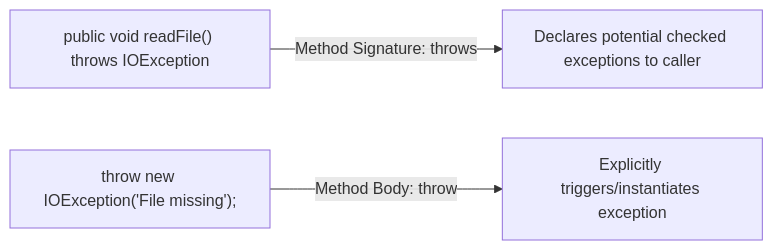
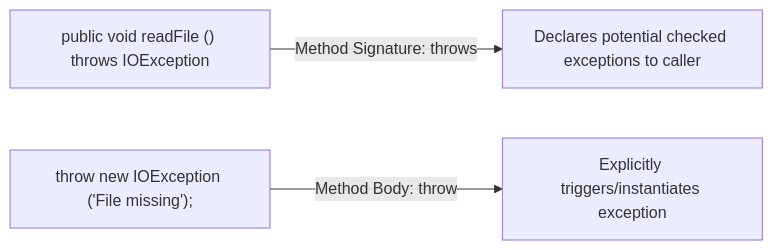
The diagram in content/questions/language/java/java-throw-vs-throws.md (pploc/swe-icon-the-moment), drawn with Mermaid before and after one commit. The commit also changed 95 other files, not shown here.

Commit message:
fix: update the practice mode diagram bug not display

````diff
--- a/content/questions/language/java/java-throw-vs-throws.md
+++ b/content/questions/language/java/java-throw-vs-throws.md
@@ -21,7 +21,8 @@
 ```mermaid
 flowchart LR
-    Signature["public void readFile() throws IOException"] -->|Method Signature: throws| Dec["Declares potential checked exceptions to caller"]
-    Body["throw new IOException('File missing');"] -->|Method Body: throw| Exec["Explicitly triggers/instantiates exception"]
+    Signature["public void readFile () throws IOException"] -->|Method Signature: throws| Dec["Declares potential checked exceptions to caller"]
+    Body["throw new IOException ('File missing');"] -->|Method Body: throw| Exec["Explicitly triggers/instantiates exception"]
+
 
 
 ```
````
